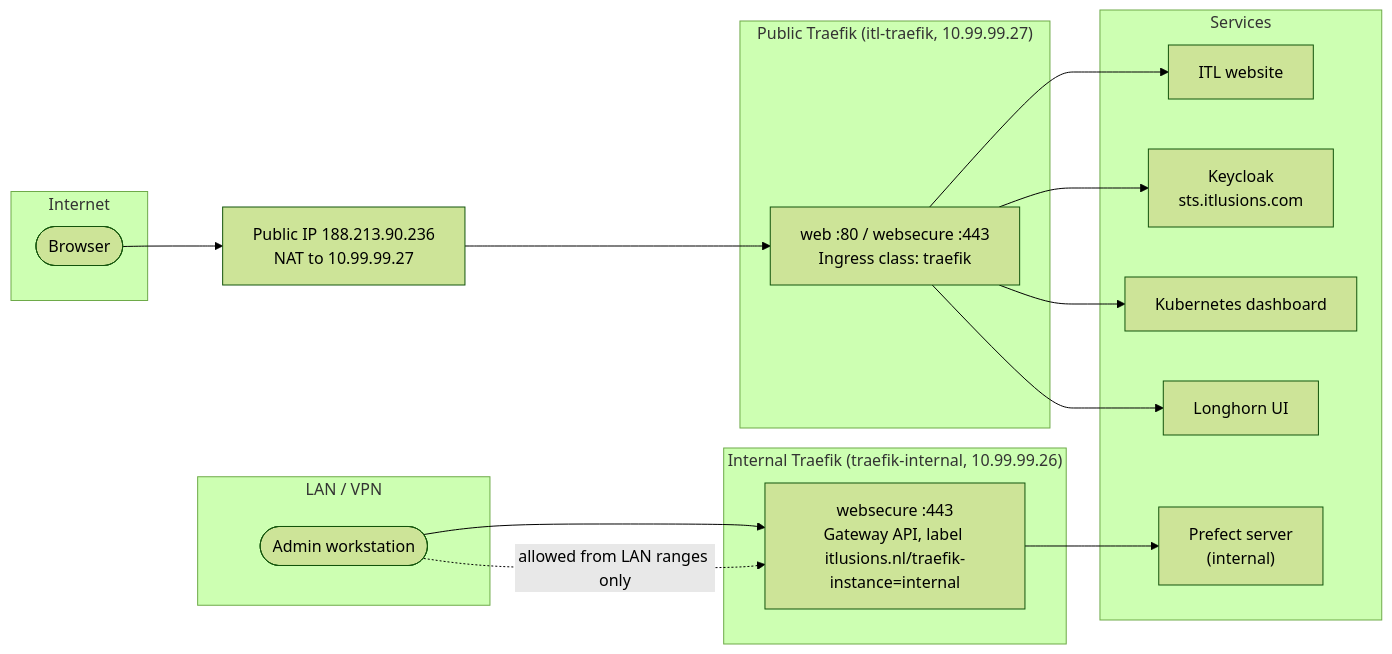
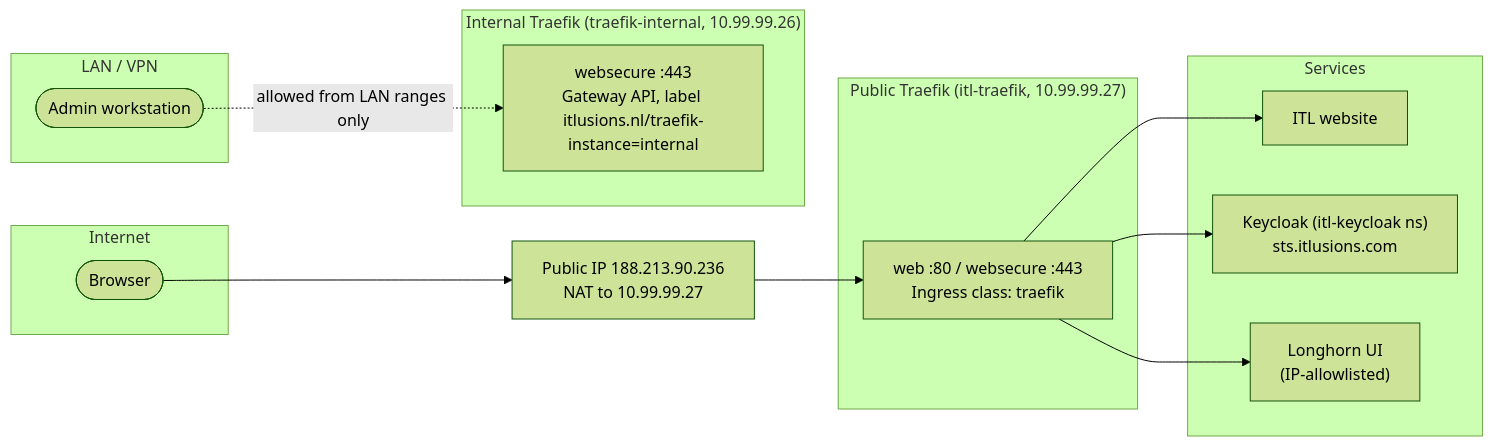
One commit to ITlusions/ITL.K8S changed the diagram in docs/1-cluster/1.4-ingress.md. Above: the diagram before and after it, drawn with Mermaid (forest theme). The commit also changed other lines of this file and 45 other files, not shown here.

````diff
--- a/docs/1-cluster/1.4-ingress.md
+++ b/docs/1-cluster/1.4-ingress.md
@@ -7,35 +7,30 @@
 ```mermaid
 flowchart LR
     subgraph EXT["Internet"]
         U1(["Browser"])
     end
     subgraph LAN["LAN / VPN"]
         U2(["Admin workstation"])
     end
 
     NAT["Public IP 188.213.90.236<br/>NAT to 10.99.99.27"]
 
     subgraph PUB["Public Traefik (itl-traefik, 10.99.99.27)"]
         P_WEB["web :80 / websecure :443<br/>Ingress class: traefik"]
     end
     subgraph INT["Internal Traefik (traefik-internal, 10.99.99.26)"]
         I_WEB["websecure :443<br/>Gateway API, label itlusions.nl/traefik-instance=internal"]
     end
 
     subgraph SVC["Services"]
         WEB["ITL website"]
-        KC["Keycloak<br/>sts.itlusions.com"]
-        DASH["Kubernetes dashboard"]
-        LH["Longhorn UI"]
-        PREF["Prefect server<br/>(internal)"]
+        KC["Keycloak (itl-keycloak ns)<br/>sts.itlusions.com"]
+        LH["Longhorn UI<br/>(IP-allowlisted)"]
     end
 
     U1 --> NAT --> P_WEB
     P_WEB --> WEB
     P_WEB --> KC
-    P_WEB --> DASH
     P_WEB --> LH
-    U2 --> I_WEB
-    I_WEB --> PREF
     U2 -. "allowed from LAN ranges only" .-> I_WEB
 ```
````
